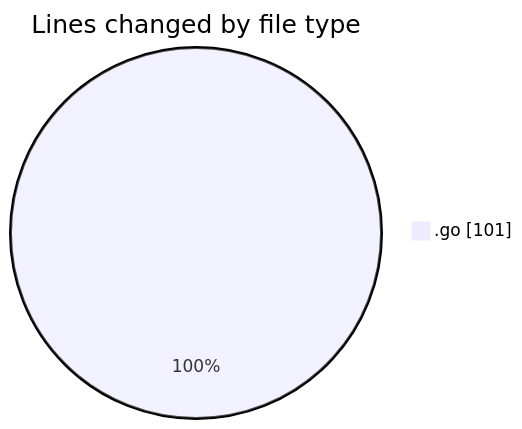
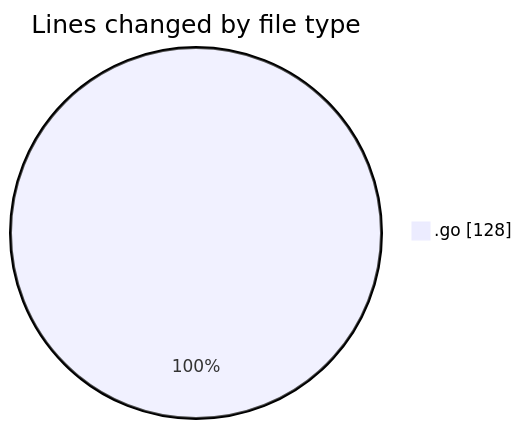
Before and after one commit to robertbonfada/code-tracking: the first of 2 diagrams in 2025-03-01/test-digital-placa/README.md, drawn with Mermaid. The commit also changed other lines of this file and 1 other file, not shown here.

````diff
--- a/2025-03-01/test-digital-placa/README.md
+++ b/2025-03-01/test-digital-placa/README.md
@@ -20,5 +20,5 @@
 ```mermaid
 pie showData
 title Lines changed by file type
-".go" : 101
+".go" : 128
 ```
````
